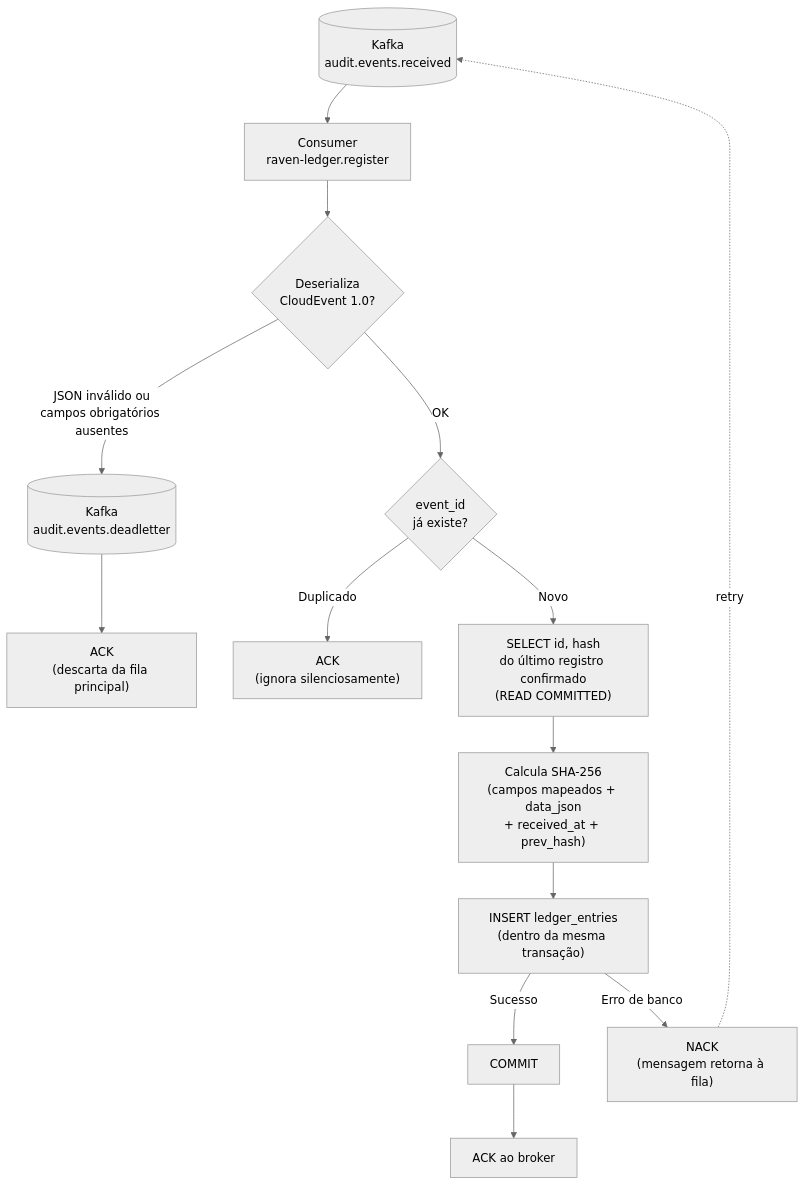
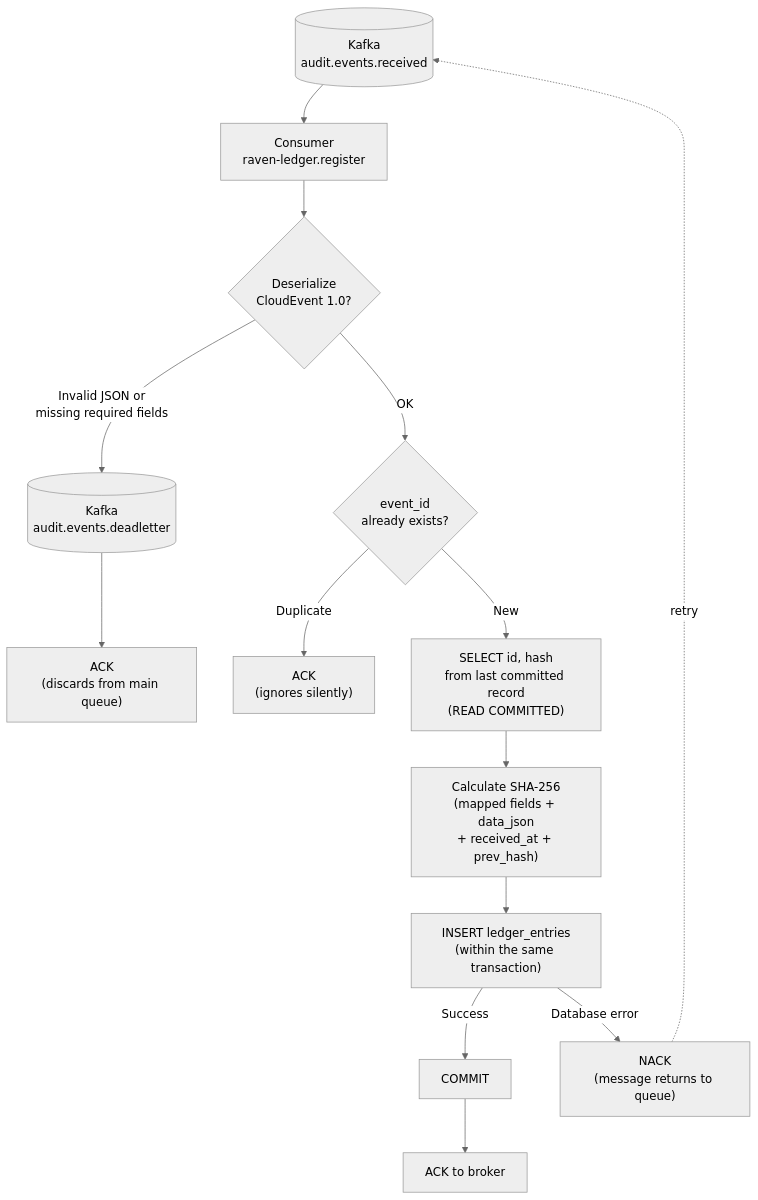
The first of 4 diagrams in docs/Process/Features/FT-03-persistencia-imutavel.md (blogdoft/RavenLedger), drawn with Mermaid (neutral theme) before and after one commit. The commit also changed other lines of this file and 12 other files, not shown here.

````diff
--- a/docs/Process/Features/FT-03-persistencia-imutavel.md
+++ b/docs/Process/Features/FT-03-persistencia-imutavel.md
@@ -64,28 +64,28 @@
 ```mermaid
 flowchart TD
     Q[("Kafka<br/>audit.events.received")]
     C["Consumer<br/>raven-ledger.register"]
-    D{"Deserializa<br/>CloudEvent 1.0?"}
+    D{"Deserialize<br/>CloudEvent 1.0?"}
     DL[("Kafka<br/>audit.events.deadletter")]
-    ACK_DL["ACK<br/>(descarta da fila principal)"]
-    DUP{"event_id<br/>já existe?"}
-    ACK_DUP["ACK<br/>(ignora silenciosamente)"]
-    PREV["SELECT id, hash<br/>do último registro confirmado<br/>(READ COMMITTED)"]
-    HASH["Calcula SHA-256<br/>(campos mapeados + data_json<br/>+ received_at + prev_hash)"]
-    INS["INSERT ledger_entries<br/>(dentro da mesma transação)"]
+    ACK_DL["ACK<br/>(discards from main queue)"]
+    DUP{"event_id<br/>already exists?"}
+    ACK_DUP["ACK<br/>(ignores silently)"]
+    PREV["SELECT id, hash<br/>from last committed record<br/>(READ COMMITTED)"]
+    HASH["Calculate SHA-256<br/>(mapped fields + data_json<br/>+ received_at + prev_hash)"]
+    INS["INSERT ledger_entries<br/>(within the same transaction)"]
     COMMIT["COMMIT"]
-    ACK_OK["ACK ao broker"]
-    NACK["NACK<br/>(mensagem retorna à fila)"]
+    ACK_OK["ACK to broker"]
+    NACK["NACK<br/>(message returns to queue)"]
 
     Q --> C
     C --> D
-    D -- "JSON inválido ou<br/>campos obrigatórios ausentes" --> DL --> ACK_DL
+    D -- "Invalid JSON or<br/>missing required fields" --> DL --> ACK_DL
     D -- "OK" --> DUP
-    DUP -- "Duplicado" --> ACK_DUP
-    DUP -- "Novo" --> PREV
+    DUP -- "Duplicate" --> ACK_DUP
+    DUP -- "New" --> PREV
     PREV --> HASH
     HASH --> INS
-    INS -- "Sucesso" --> COMMIT --> ACK_OK
-    INS -- "Erro de banco" --> NACK
+    INS -- "Success" --> COMMIT --> ACK_OK
+    INS -- "Database error" --> NACK
     NACK -.->|"retry"| Q
 ```
````
